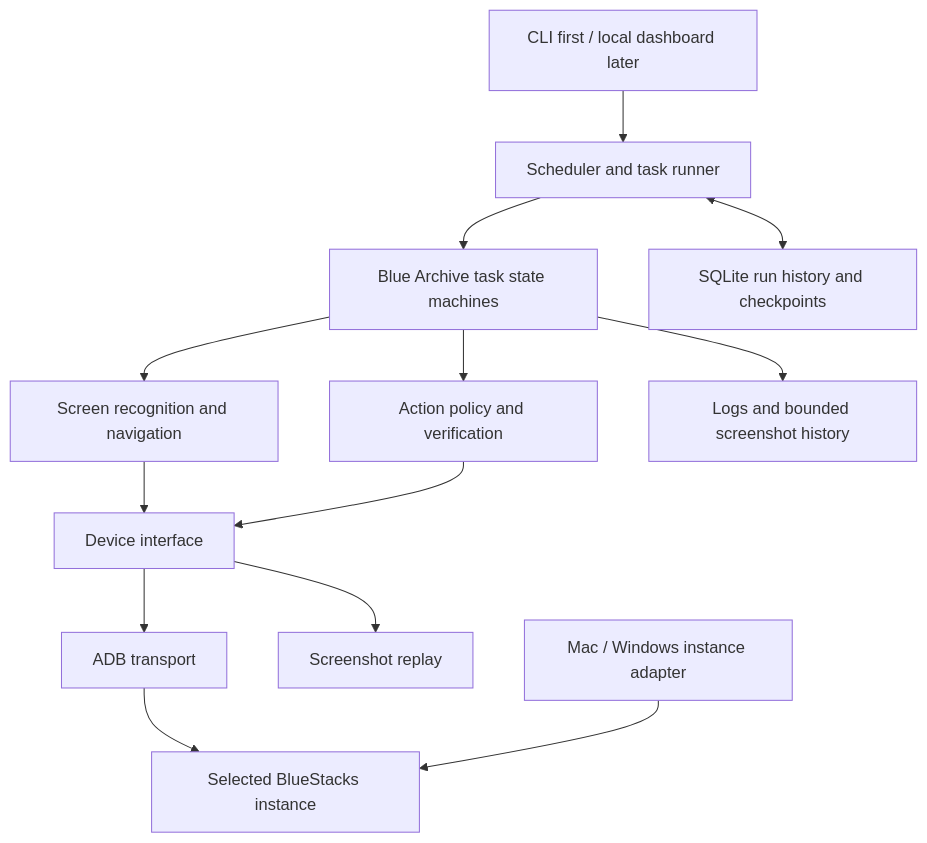
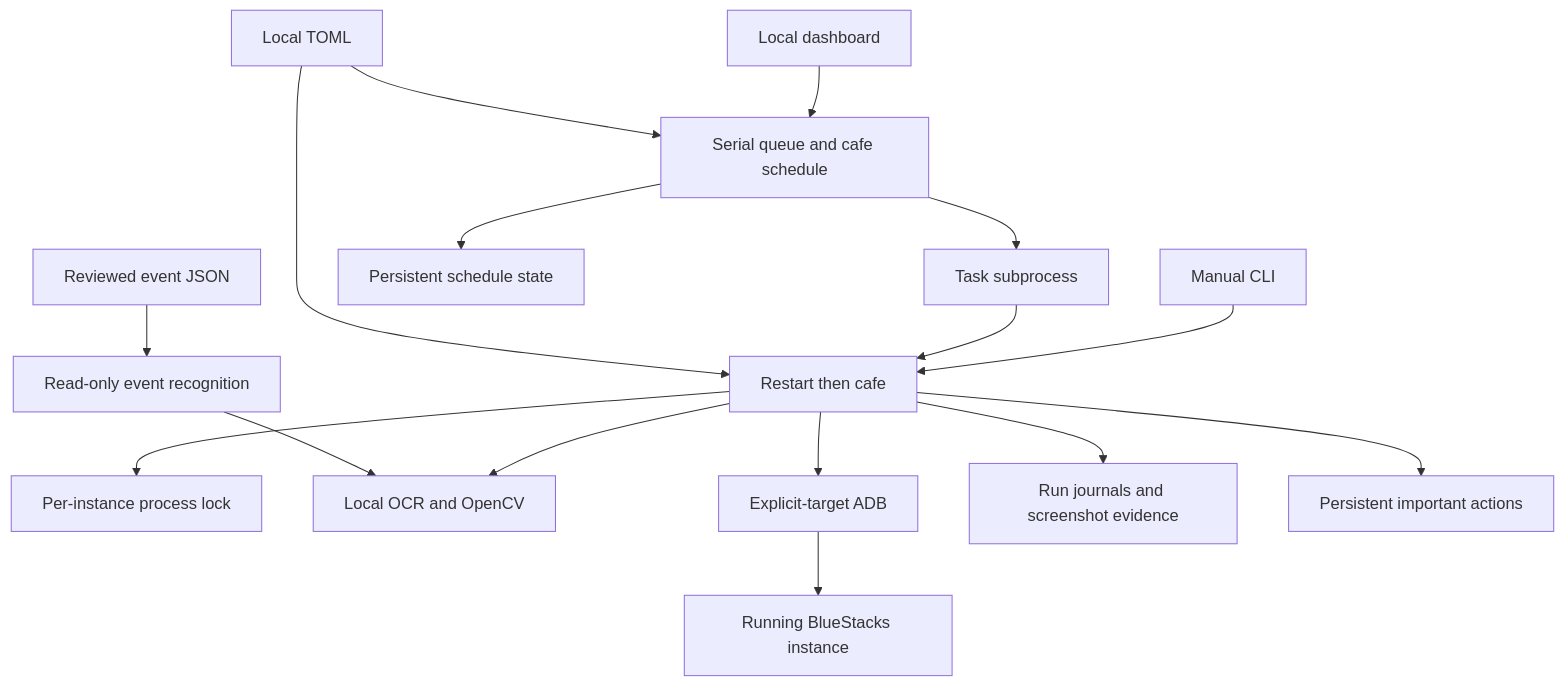
One commit to davidmwest/blue-archive-automator changed the diagram in docs/architecture.md. Above: the diagram before and after it, drawn with Mermaid. The commit also changed other lines of this file and 65 other files, not shown here.

Commit message:
Add restart and cafe automation with a local serial queue

````diff
--- a/docs/architecture.md
+++ b/docs/architecture.md
@@ -15,15 +13,18 @@
 ```mermaid
 flowchart TD
-    UI[CLI first / local dashboard later] --> Runner[Scheduler and task runner]
-    Runner --> Tasks[Blue Archive task state machines]
-    Tasks --> Vision[Screen recognition and navigation]
-    Tasks --> Gate[Action policy and verification]
-    Vision --> Device[Device interface]
-    Gate --> Device
-    Device --> ADB[ADB transport]
-    Device --> Replay[Screenshot replay]
-    ADB --> Game[Selected BlueStacks instance]
-    Host[Mac / Windows instance adapter] --> Game
-    Runner <--> DB[SQLite run history and checkpoints]
-    Tasks --> Trace[Logs and bounded screenshot history]
+    UI[Local dashboard] --> Server[Serial queue and cafe schedule]
+    Server --> CLI[Task subprocess]
+    Manual[Manual CLI] --> Tasks[Restart then cafe]
+    CLI --> Tasks
+    Config[Local TOML] --> Server
+    Config --> Tasks
+    Tasks --> Lock[Per-instance process lock]
+    Tasks --> Vision[Local OCR and OpenCV]
+    Tasks --> ADB[Explicit-target ADB]
+    ADB --> Game[Running BlueStacks instance]
+    Tasks --> Trace[Run journals and screenshot evidence]
+    Tasks --> Actions[Persistent important actions]
+    Server --> Schedule[Persistent schedule state]
+    Profiles[Reviewed event JSON] --> Recognition[Read-only event recognition]
+    Recognition --> Vision
 ```
````
